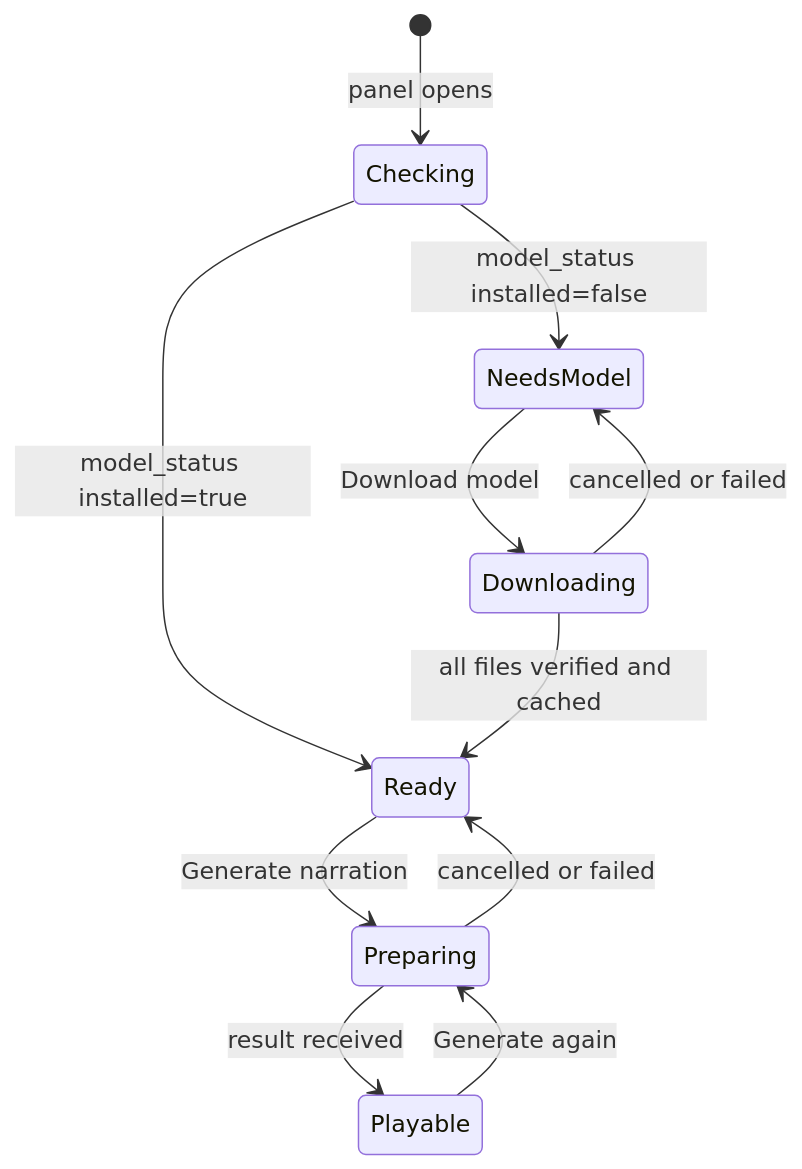
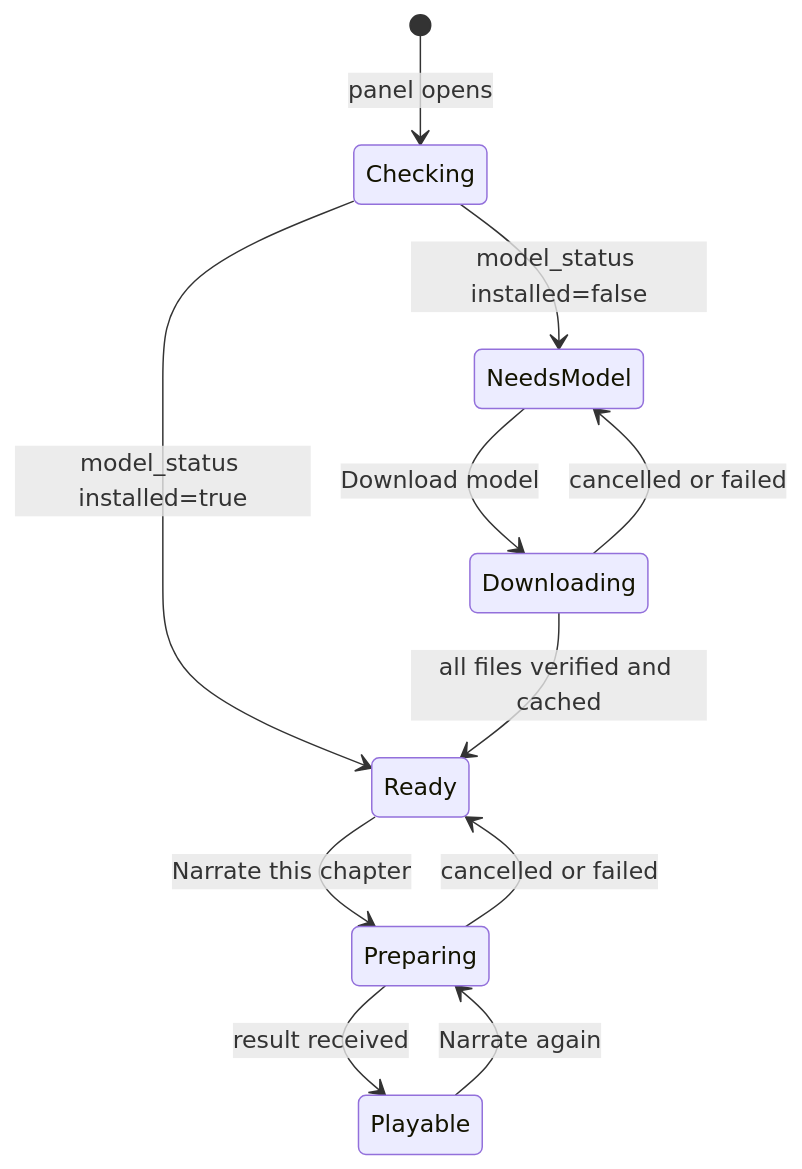
Before and after one commit to abdullahkhfb/narrately: the third of 6 diagrams in docs/architecture.md, drawn with Mermaid. The commit also changed other lines of this file and 49 other files, not shown here.

````diff
--- a/docs/architecture.md
+++ b/docs/architecture.md
@@ -103,13 +103,13 @@
 ```mermaid
 stateDiagram-v2
     [*] --> Checking: panel opens
     Checking --> NeedsModel: model_status installed=false
     Checking --> Ready: model_status installed=true
     NeedsModel --> Downloading: Download model
     Downloading --> NeedsModel: cancelled or failed
     Downloading --> Ready: all files verified and cached
-    Ready --> Preparing: Generate narration
+    Ready --> Preparing: Narrate this chapter
     Preparing --> Ready: cancelled or failed
     Preparing --> Playable: result received
-    Playable --> Preparing: Generate again
+    Playable --> Preparing: Narrate again
 ```
````
